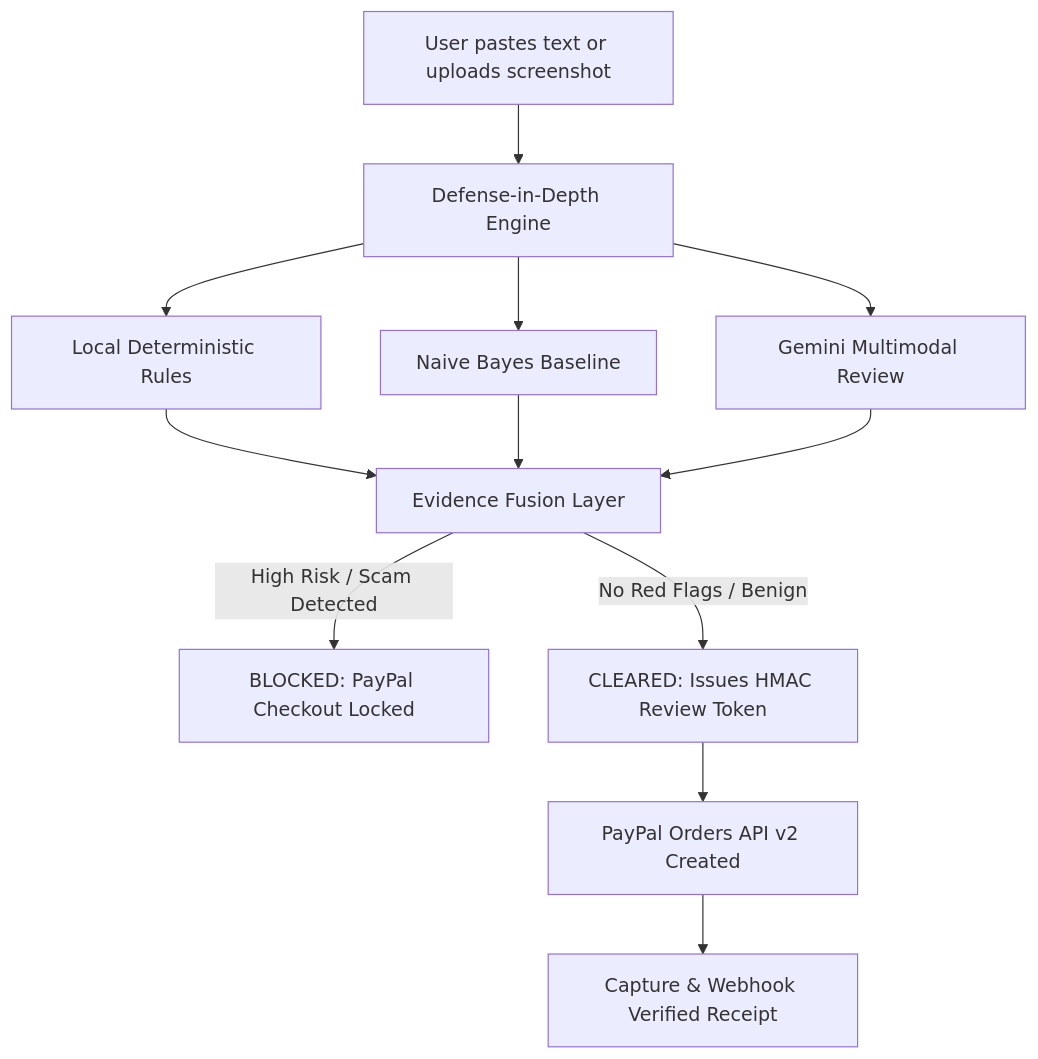
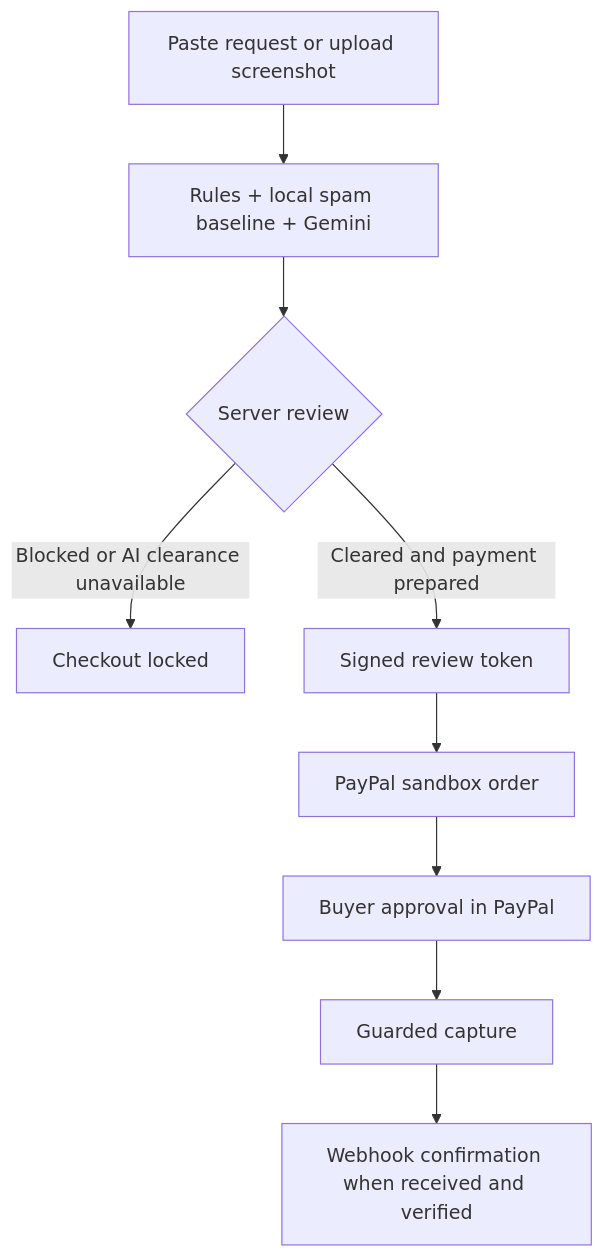
The diagram in README.md (gajit9147-dev/scam-shield-paypal), drawn with Mermaid before and after one commit. The commit also changed other lines of this file and 10 other files, not shown here.

````diff
--- a/README.md
+++ b/README.md
@@ -44,12 +43,11 @@
 ```mermaid
-graph TD
-    A[User pastes text or uploads screenshot] --> B[Defense-in-Depth Engine]
-    B --> B1[Local Deterministic Rules]
-    B --> B2[Naive Bayes Baseline]
-    B --> B3[Gemini Multimodal Review]
-    B1 & B2 & B3 --> C[Evidence Fusion Layer]
-    C -->|High Risk / Scam Detected| D[BLOCKED: PayPal Checkout Locked]
-    C -->|No Red Flags / Benign| E[CLEARED: Issues HMAC Review Token]
-    E --> F[PayPal Orders API v2 Created]
-    F --> G[Capture & Webhook Verified Receipt]
+flowchart TD
+    A[Paste request or upload screenshot] --> B[Rules + local spam baseline + Gemini]
+    B --> C{Server review}
+    C -->|Blocked or AI clearance unavailable| D[Checkout locked]
+    C -->|Cleared and payment prepared| E[Signed review token]
+    E --> F[PayPal sandbox order]
+    F --> G[Buyer approval in PayPal]
+    G --> H[Guarded capture]
+    H --> I[Webhook confirmation when received and verified]
 ```
````
